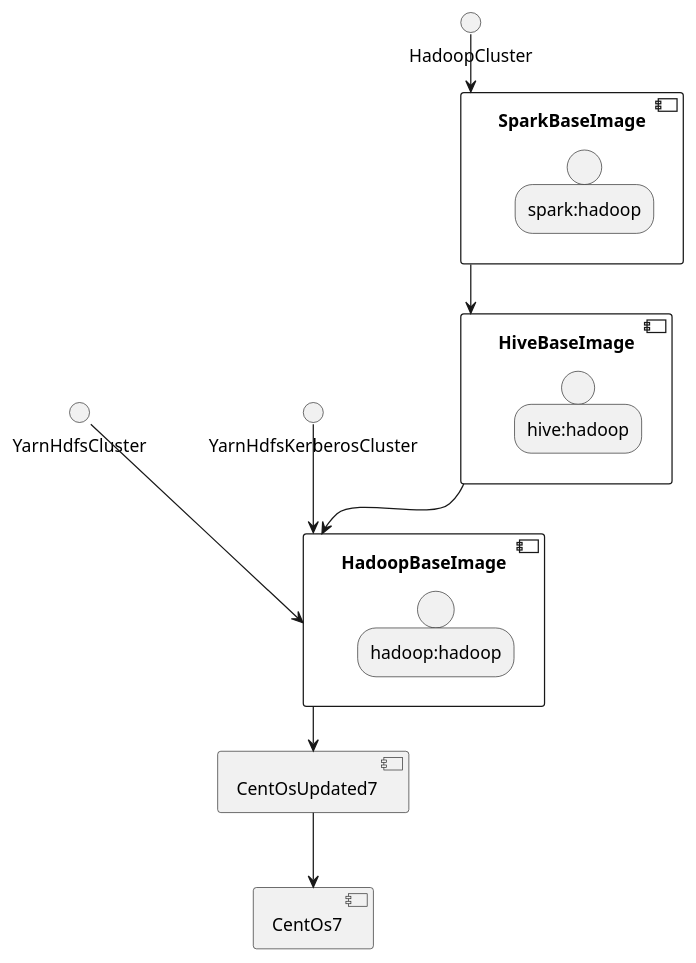
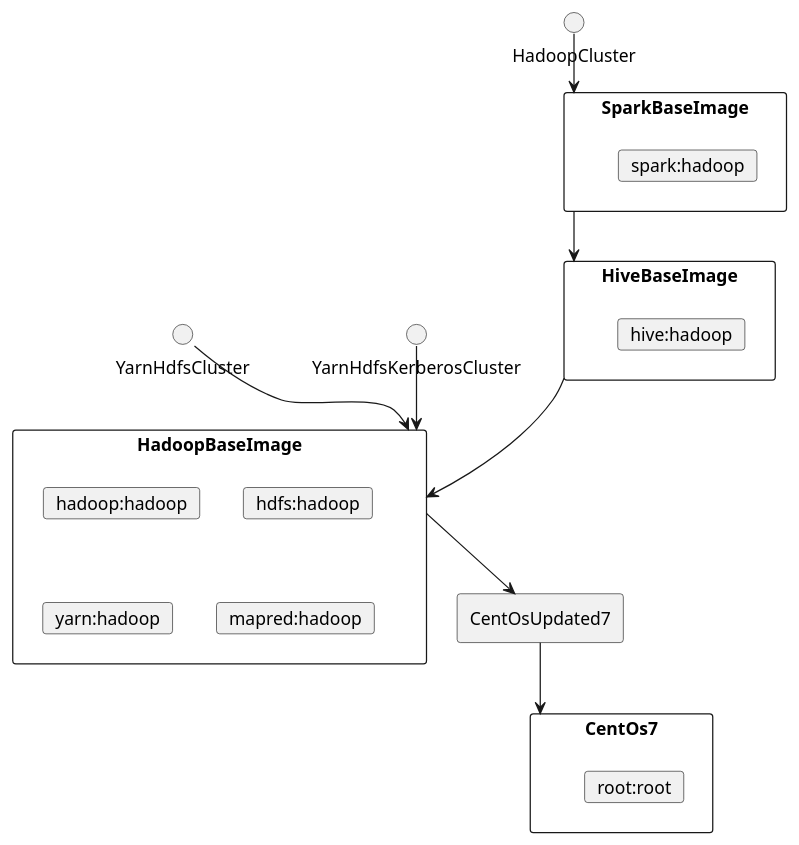
Before and after one commit to Aleks-Ya/yaal_examples: the diagram in Building+/Docker+/DockerImage+/Application+/Hadoop+/Hadoop2+/users.puml, drawn with PlantUML. The commit also changed 7 other files, not shown here.

Commit message:
Docker: Hadoop: create "hdfs", "yarn" and "mapred" users in HadoopBaseImage

```diff
--- a/Building+/Docker+/DockerImage+/Application+/Hadoop+/Hadoop2+/users.puml
+++ b/Building+/Docker+/DockerImage+/Application+/Hadoop+/Hadoop2+/users.puml
@@ -1,24 +1,29 @@
 @startuml
 'https://plantuml.com/component-diagram
 
-component CentOs7
-component CentOsUpdated7
-component HadoopBaseImage {
-    person "hadoop:hadoop"
+rectangle CentOs7 {
+    card "root:root"
 }
-component HiveBaseImage {
-    person "hive:hadoop"
+rectangle CentOsUpdated7
+rectangle HadoopBaseImage {
+    card "hadoop:hadoop"
+    card "hdfs:hadoop"
+    card "yarn:hadoop"
+    card "mapred:hadoop"
 }
-component SparkBaseImage {
-    person "spark:hadoop"
+rectangle HiveBaseImage {
+    card "hive:hadoop"
+}
+rectangle SparkBaseImage {
+    card "spark:hadoop"
 }
 
 CentOsUpdated7 --> CentOs7
 HadoopBaseImage --> CentOsUpdated7
 HiveBaseImage --> HadoopBaseImage
 YarnHdfsCluster --> HadoopBaseImage
 YarnHdfsKerberosCluster --> HadoopBaseImage
 SparkBaseImage --> HiveBaseImage
 HadoopCluster --> SparkBaseImage
 
 @enduml
```
